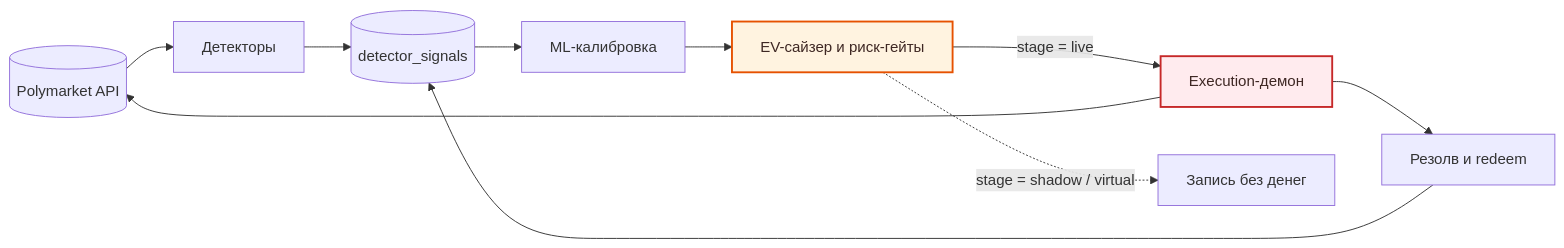
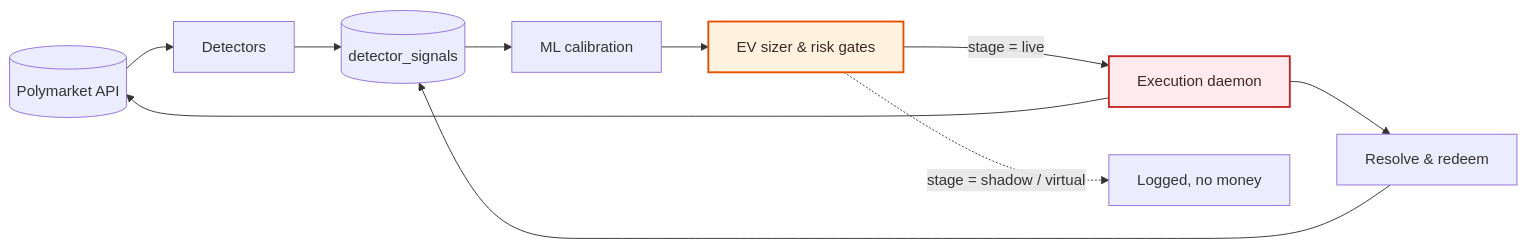
The diagram in README.md (Socialpranker/oraclepoly), drawn with Mermaid before and after one commit. The commit also changed other lines of this file, not shown here.

````diff
--- a/README.md
+++ b/README.md
@@ -16,15 +16,15 @@
 ```mermaid
 flowchart LR
-    PM[("Polymarket API")] --> DET["Детекторы"]
+    PM[("Polymarket API")] --> DET["Detectors"]
     DET --> SIG[("detector_signals")]
-    SIG --> ML["ML-калибровка"]
-    ML --> RISK["EV-сайзер и риск-гейты"]
-    RISK -->|"stage = live"| EXEC["Execution-демон"]
-    RISK -.->|"stage = shadow / virtual"| SHADOW["Запись без денег"]
+    SIG --> ML["ML calibration"]
+    ML --> RISK["EV sizer & risk gates"]
+    RISK -->|"stage = live"| EXEC["Execution daemon"]
+    RISK -.->|"stage = shadow / virtual"| SHADOW["Logged, no money"]
     EXEC --> PM
-    EXEC --> RES["Резолв и redeem"]
+    EXEC --> RES["Resolve & redeem"]
     RES --> SIG
 
     style RISK fill:#FFF3E0,stroke:#E65100,stroke-width:2px,color:#3E2723
     style EXEC fill:#FFEBEE,stroke:#C62828,stroke-width:2px,color:#3E2723
 ```
````
